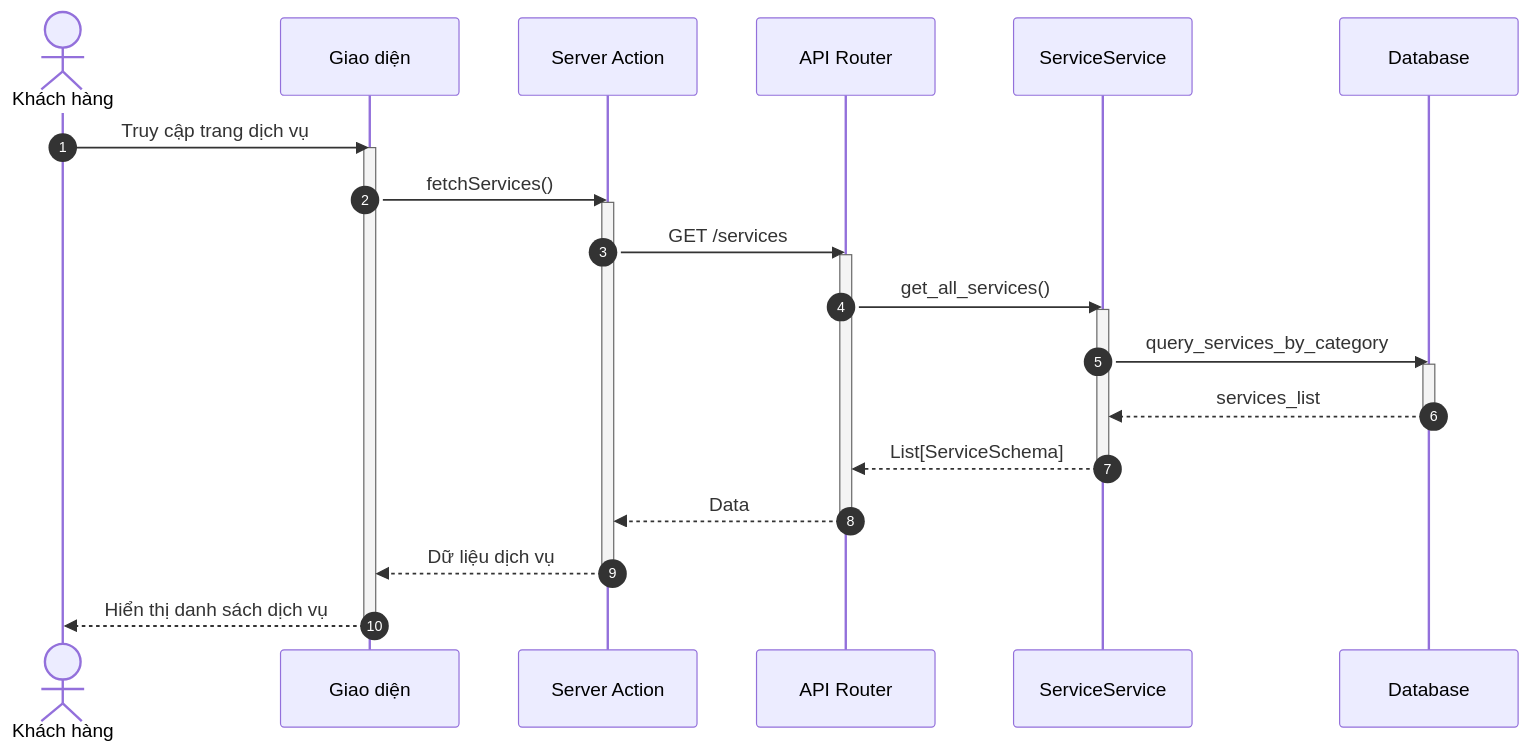
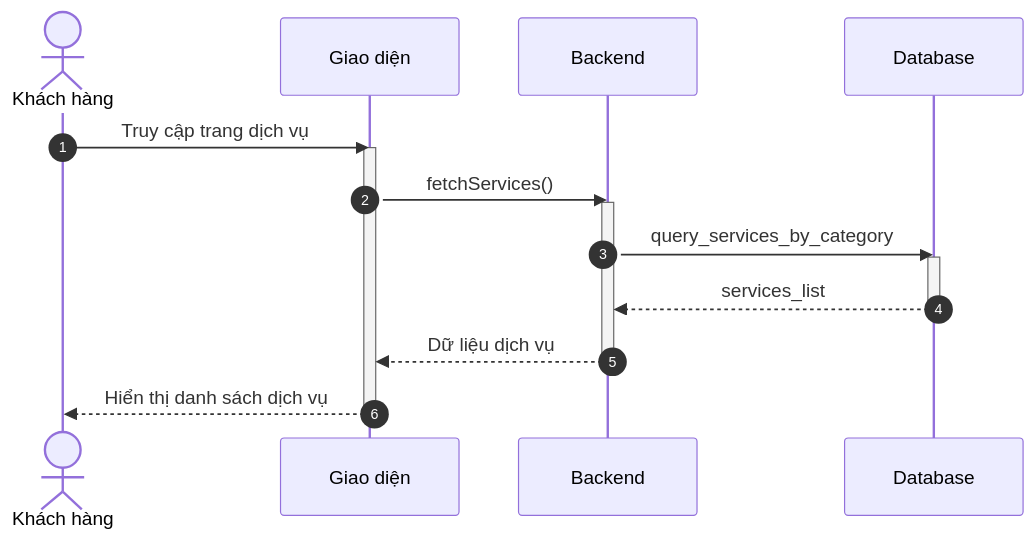
The first of 10 diagrams in docs/design/sequences/customer_flows.md (ngoctinn/Synapse), drawn with Mermaid before and after one commit. The commit also changed other lines of this file and 7 other files, not shown here.

Commit message:
docs: Add initial design documentation for authentication, user flows, and algorithm specification.

````diff
--- a/docs/design/sequences/customer_flows.md
+++ b/docs/design/sequences/customer_flows.md
@@ -28,38 +28,24 @@
 ```mermaid
 sequenceDiagram
     autonumber
     actor KH as Khách hàng
     participant UI as Giao diện
-    participant BFF as Server Action
-    participant API as API Router
-    participant S as ServiceService
+    participant BE as Backend
     participant DB as Database
 
     KH->>UI: Truy cập trang dịch vụ
     activate UI
-    UI->>BFF: fetchServices()
-    activate BFF
+    UI->>BE: fetchServices()
+    activate BE
 
-    BFF->>API: GET /services
-    activate API
-
-    API->>S: get_all_services()
-    activate S
-
-    S->>DB: query_services_by_category
+    BE->>DB: query_services_by_category
     activate DB
-    DB-->>S: services_list
+    DB-->>BE: services_list
     deactivate DB
 
-    S-->>API: List[ServiceSchema]
-    deactivate S
-
-    API-->>BFF: Data
-    deactivate API
-
-    BFF-->>UI: Dữ liệu dịch vụ
-    deactivate BFF
+    BE-->>UI: Dữ liệu dịch vụ
+    deactivate BE
 
     UI-->>KH: Hiển thị danh sách dịch vụ
     deactivate UI
 ```
````
